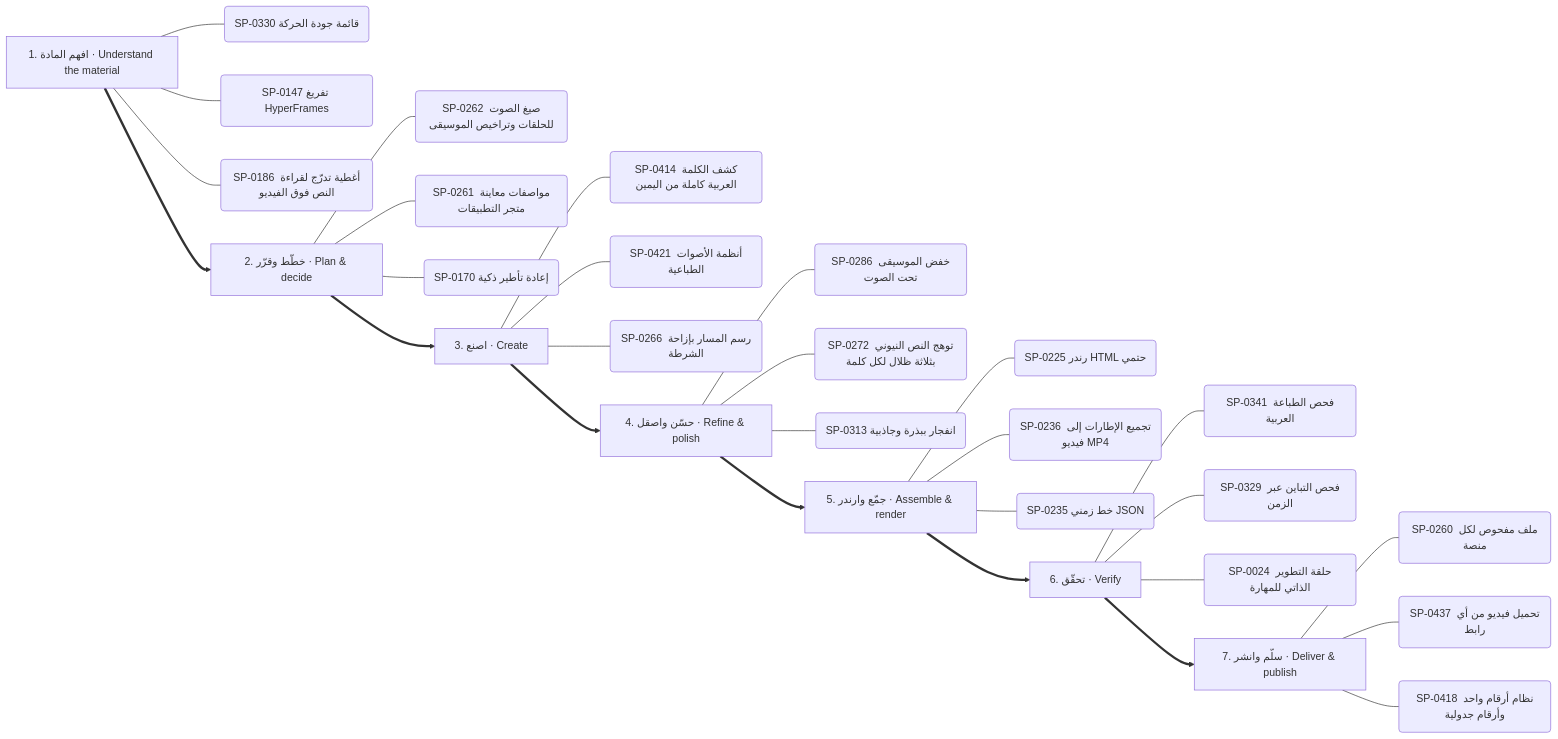
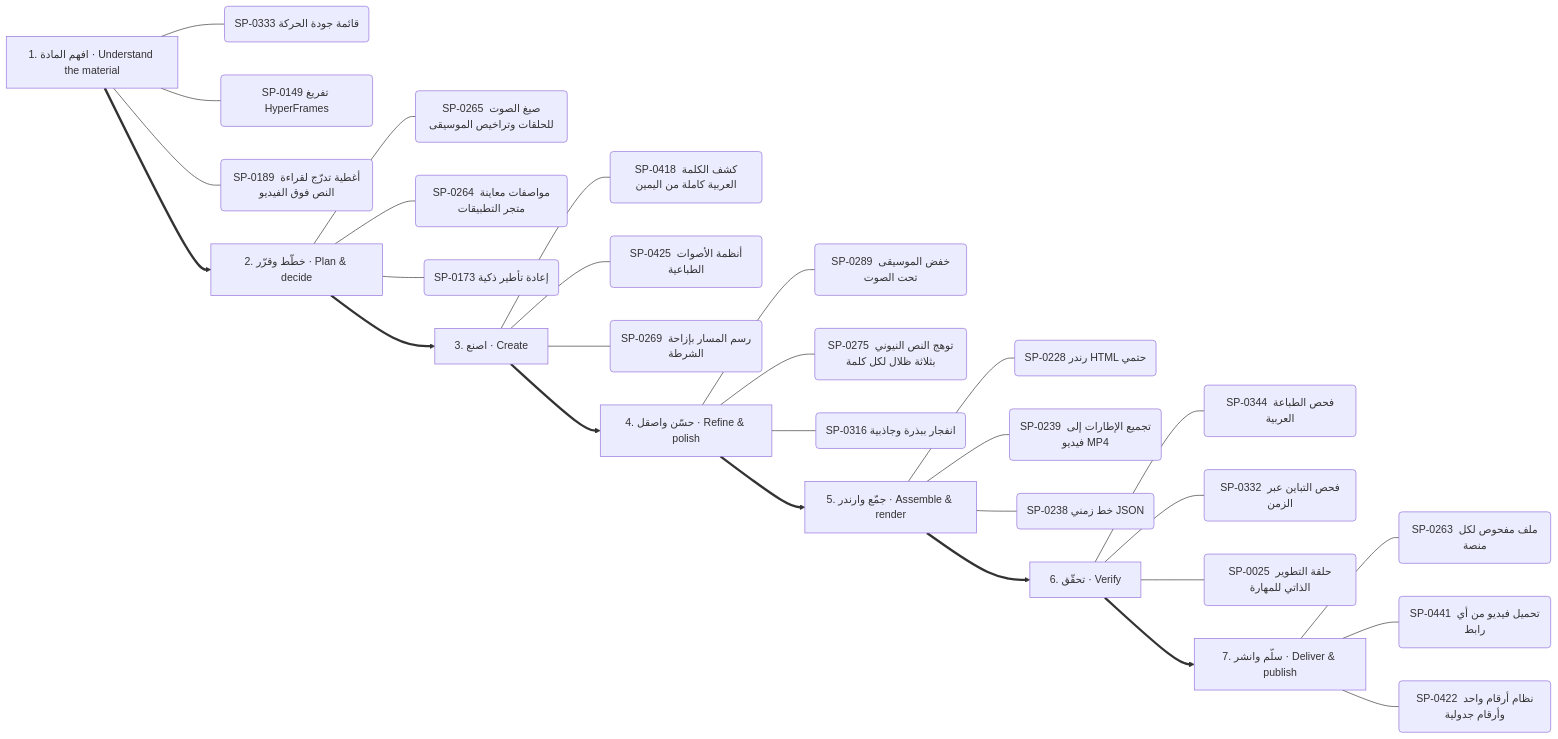
One commit to kosif199022-jpg/kosif-tool changed the second of 13 diagrams in .claude/skills/kosif-superpowers/references/capability-mindmap.md. Above: the diagram before and after it, drawn with Mermaid. The commit also changed other lines of this file and 37 other files, not shown here.

````diff
--- a/.claude/skills/kosif-superpowers/references/capability-mindmap.md
+++ b/.claude/skills/kosif-superpowers/references/capability-mindmap.md
@@ -126,37 +127,37 @@
 ```mermaid
 flowchart LR
   S0["1. افهم المادة · Understand the material"]
-  S0 --- S0_0("SP-0330 قائمة جودة الحركة")
-  S0 --- S0_1("SP-0147 تفريغ HyperFrames")
-  S0 --- S0_2("SP-0186 أغطية تدرّج لقراءة النص فوق الفيديو")
+  S0 --- S0_0("SP-0333 قائمة جودة الحركة")
+  S0 --- S0_1("SP-0149 تفريغ HyperFrames")
+  S0 --- S0_2("SP-0189 أغطية تدرّج لقراءة النص فوق الفيديو")
   S1["2. خطّط وقرّر · Plan & decide"]
-  S1 --- S1_0("SP-0262 صيغ الصوت للحلقات وتراخيص الموسيقى")
-  S1 --- S1_1("SP-0261 مواصفات معاينة متجر التطبيقات")
-  S1 --- S1_2("SP-0170 إعادة تأطير ذكية")
+  S1 --- S1_0("SP-0265 صيغ الصوت للحلقات وتراخيص الموسيقى")
+  S1 --- S1_1("SP-0264 مواصفات معاينة متجر التطبيقات")
+  S1 --- S1_2("SP-0173 إعادة تأطير ذكية")
   S0 ==> S1
   S2["3. اصنع · Create"]
-  S2 --- S2_0("SP-0414 كشف الكلمة العربية كاملة من اليمين")
-  S2 --- S2_1("SP-0421 أنظمة الأصوات الطباعية")
-  S2 --- S2_2("SP-0266 رسم المسار بإزاحة الشرطة")
+  S2 --- S2_0("SP-0418 كشف الكلمة العربية كاملة من اليمين")
+  S2 --- S2_1("SP-0425 أنظمة الأصوات الطباعية")
+  S2 --- S2_2("SP-0269 رسم المسار بإزاحة الشرطة")
   S1 ==> S2
   S3["4. حسّن واصقل · Refine & polish"]
-  S3 --- S3_0("SP-0286 خفض الموسيقى تحت الصوت")
-  S3 --- S3_1("SP-0272 توهج النص النيوني بثلاثة ظلال لكل كلمة")
-  S3 --- S3_2("SP-0313 انفجار ببذرة وجاذبية")
+  S3 --- S3_0("SP-0289 خفض الموسيقى تحت الصوت")
+  S3 --- S3_1("SP-0275 توهج النص النيوني بثلاثة ظلال لكل كلمة")
+  S3 --- S3_2("SP-0316 انفجار ببذرة وجاذبية")
   S2 ==> S3
   S4["5. جمّع وارندر · Assemble & render"]
-  S4 --- S4_0("SP-0225 رندر HTML حتمي")
-  S4 --- S4_1("SP-0236 تجميع الإطارات إلى فيديو MP4")
-  S4 --- S4_2("SP-0235 خط زمني JSON")
+  S4 --- S4_0("SP-0228 رندر HTML حتمي")
+  S4 --- S4_1("SP-0239 تجميع الإطارات إلى فيديو MP4")
+  S4 --- S4_2("SP-0238 خط زمني JSON")
   S3 ==> S4
   S5["6. تحقّق · Verify"]
-  S5 --- S5_0("SP-0341 فحص الطباعة العربية")
-  S5 --- S5_1("SP-0329 فحص التباين عبر الزمن")
-  S5 --- S5_2("SP-0024 حلقة التطوير الذاتي للمهارة")
+  S5 --- S5_0("SP-0344 فحص الطباعة العربية")
+  S5 --- S5_1("SP-0332 فحص التباين عبر الزمن")
+  S5 --- S5_2("SP-0025 حلقة التطوير الذاتي للمهارة")
   S4 ==> S5
   S6["7. سلّم وانشر · Deliver & publish"]
-  S6 --- S6_0("SP-0260 ملف مفحوص لكل منصة")
-  S6 --- S6_1("SP-0437 تحميل فيديو من أي رابط")
-  S6 --- S6_2("SP-0418 نظام أرقام واحد وأرقام جدولية")
+  S6 --- S6_0("SP-0263 ملف مفحوص لكل منصة")
+  S6 --- S6_1("SP-0441 تحميل فيديو من أي رابط")
+  S6 --- S6_2("SP-0422 نظام أرقام واحد وأرقام جدولية")
   S5 ==> S6
 ```
````
